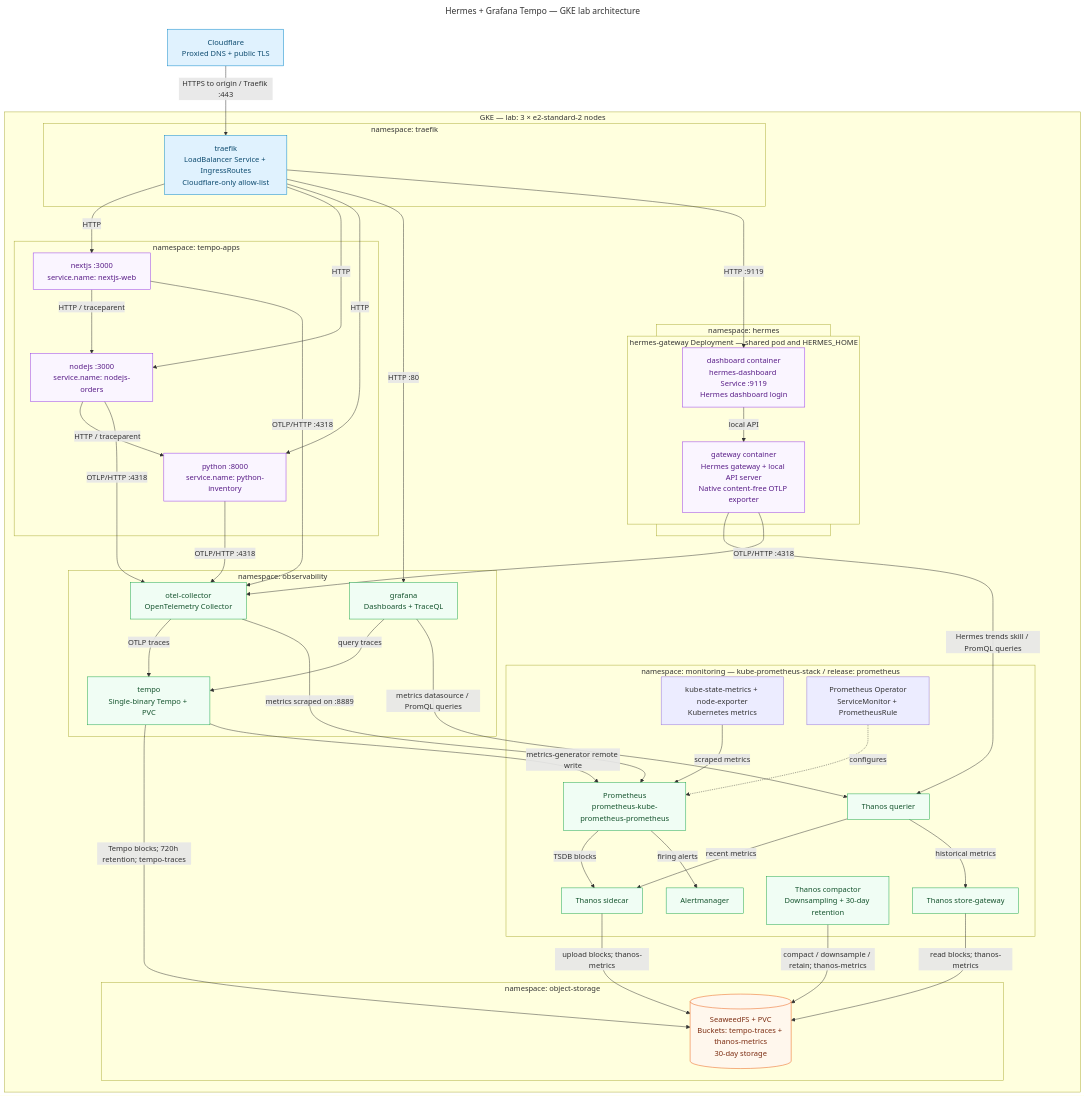
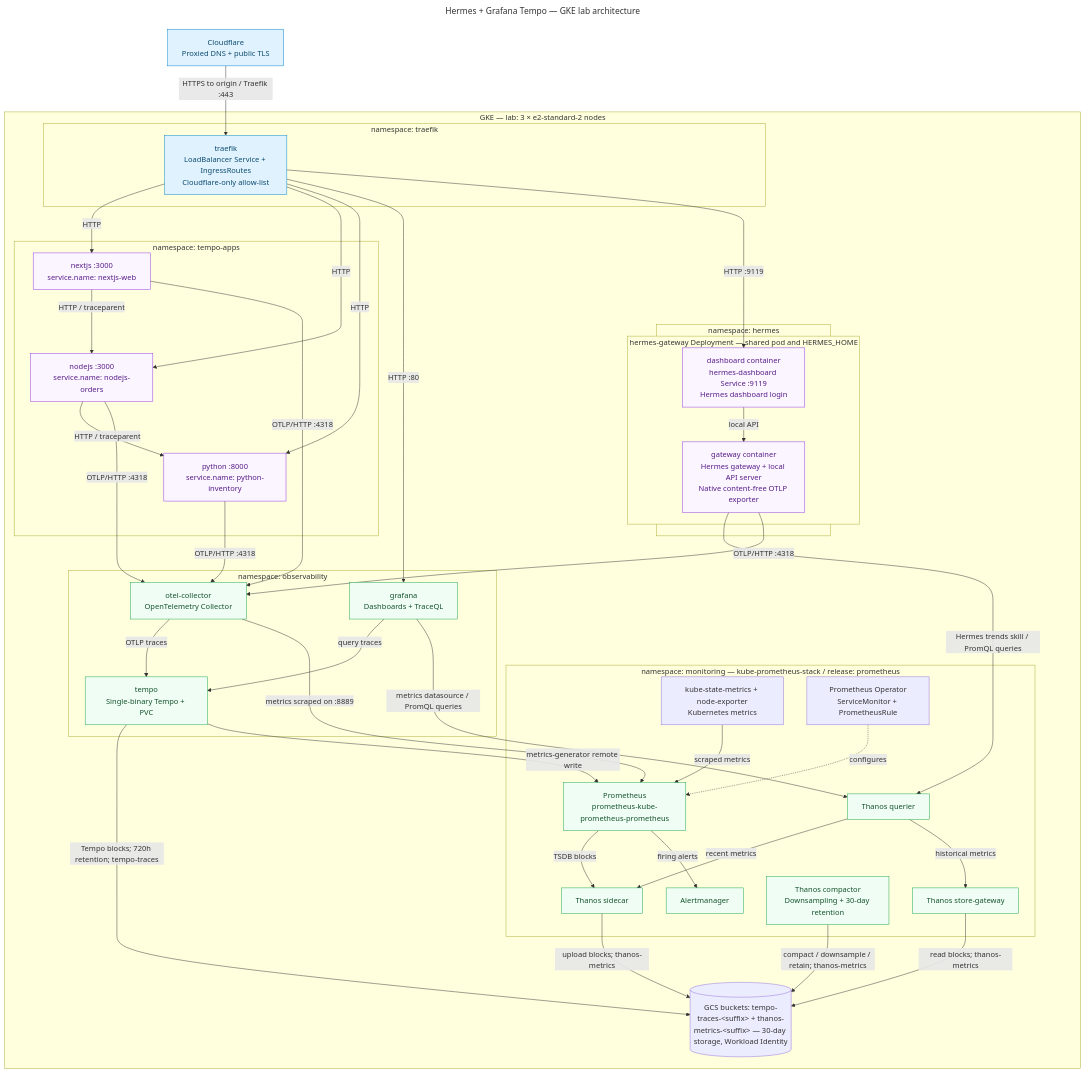
The first of 3 diagrams in hermes-grafana-tempo/README.md (ch-muhammad-asim/OpenDevOps), drawn with Mermaid before and after one commit. The commit also changed other lines of this file and 14 other files, not shown here.

Commit message:
Show GCS buckets in the hermes-grafana-tempo diagrams and docs, keep SeaweedFS as an optional fallback, and fill in the verify counts

````diff
--- a/hermes-grafana-tempo/README.md
+++ b/hermes-grafana-tempo/README.md
@@ -49,76 +49,73 @@
 ```mermaid
 ---
 title: Hermes + Grafana Tempo — GKE lab architecture
 ---
 flowchart TB
   %% Sources: README.md, hermes/README.md, helm/*, apps/*, k8s/*, scripts/*.
   %% Namespace boundaries are logical; workloads are scheduled across the node pool.
   cf["Cloudflare<br/>Proxied DNS + public TLS"]
   subgraph gke["GKE — lab: 3 × e2-standard-2 nodes"]
     subgraph edge["namespace: traefik"]
       tr["traefik<br/>LoadBalancer Service + IngressRoutes<br/>Cloudflare-only allow-list"]
     end
     subgraph apps["namespace: tempo-apps"]
       nx["nextjs :3000<br/>service.name: nextjs-web"]
       nd["nodejs :3000<br/>service.name: nodejs-orders"]
       py["python :8000<br/>service.name: python-inventory"]
       nx -->|HTTP / traceparent| nd
       nd -->|HTTP / traceparent| py
     end
     subgraph hermes["namespace: hermes"]
       subgraph pod["hermes-gateway Deployment — shared pod and HERMES_HOME"]
         dash["dashboard container<br/>hermes-dashboard Service :9119<br/>Hermes dashboard login"]
         gw["gateway container<br/>Hermes gateway + local API server<br/>Native content-free OTLP exporter"]
         dash -->|local API| gw
       end
     end
     subgraph obs["namespace: observability"]
       col["otel-collector<br/>OpenTelemetry Collector"]
       tempo["tempo<br/>Single-binary Tempo + PVC"]
       graf["grafana<br/>Dashboards + TraceQL"]
       col -->|OTLP traces| tempo
       graf -->|query traces| tempo
     end
     subgraph mon["namespace: monitoring — kube-prometheus-stack / release: prometheus"]
       prom["Prometheus<br/>prometheus-kube-prometheus-prometheus"]
       sidecar["Thanos sidecar"]
       store["Thanos store-gateway"]
       querier["Thanos querier"]
       compactor["Thanos compactor<br/>Downsampling + 30-day retention"]
       prom -->|TSDB blocks| sidecar
       querier -->|recent metrics| sidecar
       querier -->|historical metrics| store
       am["Alertmanager"]
       exporters["kube-state-metrics + node-exporter<br/>Kubernetes metrics"]
       operator["Prometheus Operator<br/>ServiceMonitor + PrometheusRule"]
       exporters -->|scraped metrics| prom
       operator -.->|configures| prom
       prom -->|firing alerts| am
     end
-    subgraph storage["namespace: object-storage"]
-      seaweed[("SeaweedFS + PVC<br/>Buckets: tempo-traces + thanos-metrics<br/>30-day storage")]
-    end
-    tempo -->|Tempo blocks; 720h retention; tempo-traces| seaweed
-    sidecar -->|upload blocks; thanos-metrics| seaweed
-    store -->|read blocks; thanos-metrics| seaweed
-    compactor -->|compact / downsample / retain; thanos-metrics| seaweed
+    tempo -->|Tempo blocks; 720h retention; tempo-traces| gcs
+    sidecar -->|upload blocks; thanos-metrics| gcs
+    store -->|read blocks; thanos-metrics| gcs
+    compactor -->|compact / downsample / retain; thanos-metrics| gcs
     gw -->|Hermes trends skill / PromQL queries| querier
     tr -->|HTTP| nx & nd & py
     tr -->|HTTP :80| graf
     tr -->|HTTP :9119| dash
     nx & nd & py -->|OTLP/HTTP :4318| col
     gw -->|OTLP/HTTP :4318| col
     col -->|metrics scraped on :8889| prom
     tempo -->|metrics-generator remote write| prom
     graf -->|metrics datasource / PromQL queries| querier
   end
+  gcs[("GCS buckets: tempo-traces-&lt;suffix&gt; + thanos-metrics-&lt;suffix&gt; — 30-day storage, Workload Identity")]
   cf -->|HTTPS to origin / Traefik :443| tr
   classDef edgeStyle fill:#e0f2fe,stroke:#0284c7,color:#0c4a6e
   classDef telemetry fill:#f0fdf4,stroke:#16a34a,color:#14532d
   classDef storageStyle fill:#fff7ed,stroke:#ea580c,color:#7c2d12
   classDef workload fill:#faf5ff,stroke:#9333ea,color:#581c87
   class cf,tr edgeStyle
   class col,tempo,graf,prom,am,sidecar,store,querier,compactor telemetry
-  class seaweed storageStyle
   class nx,nd,py,dash,gw workload
 ```
````
